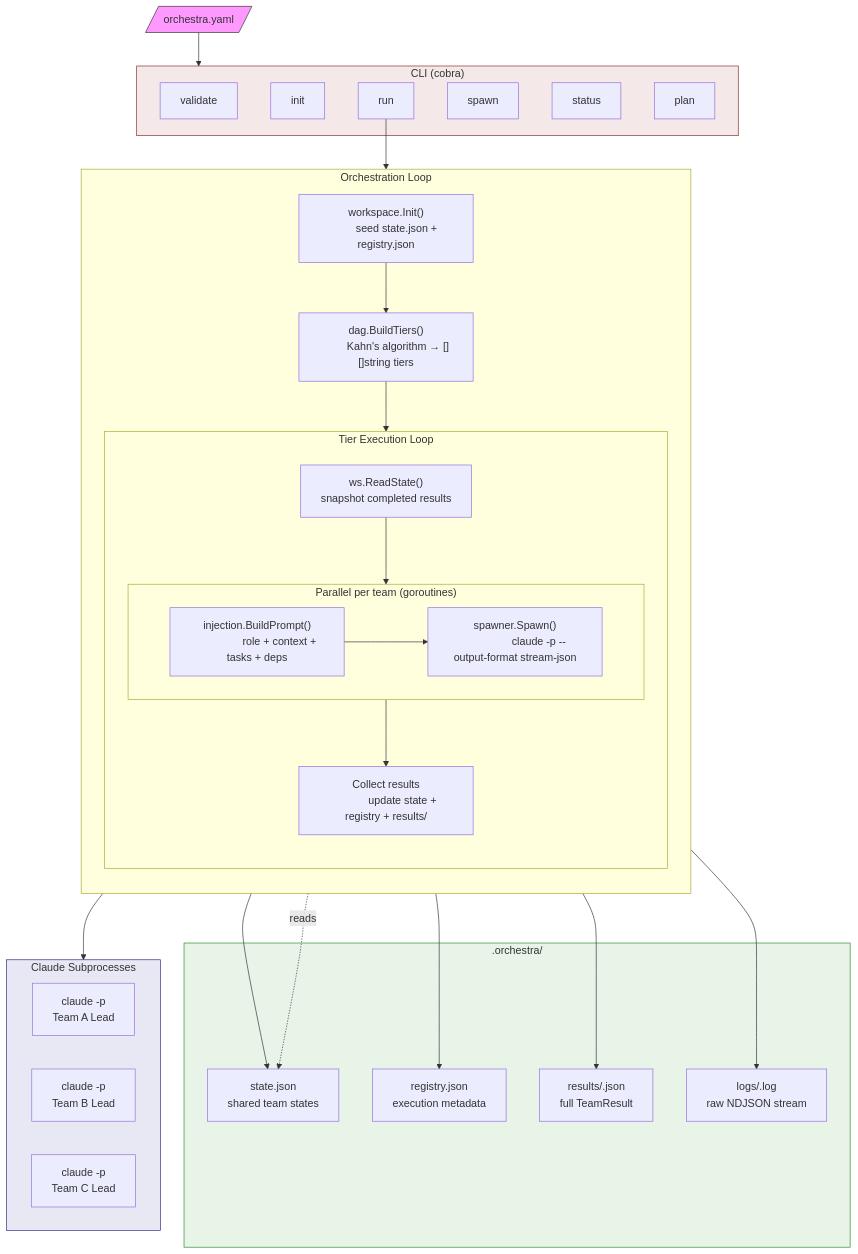
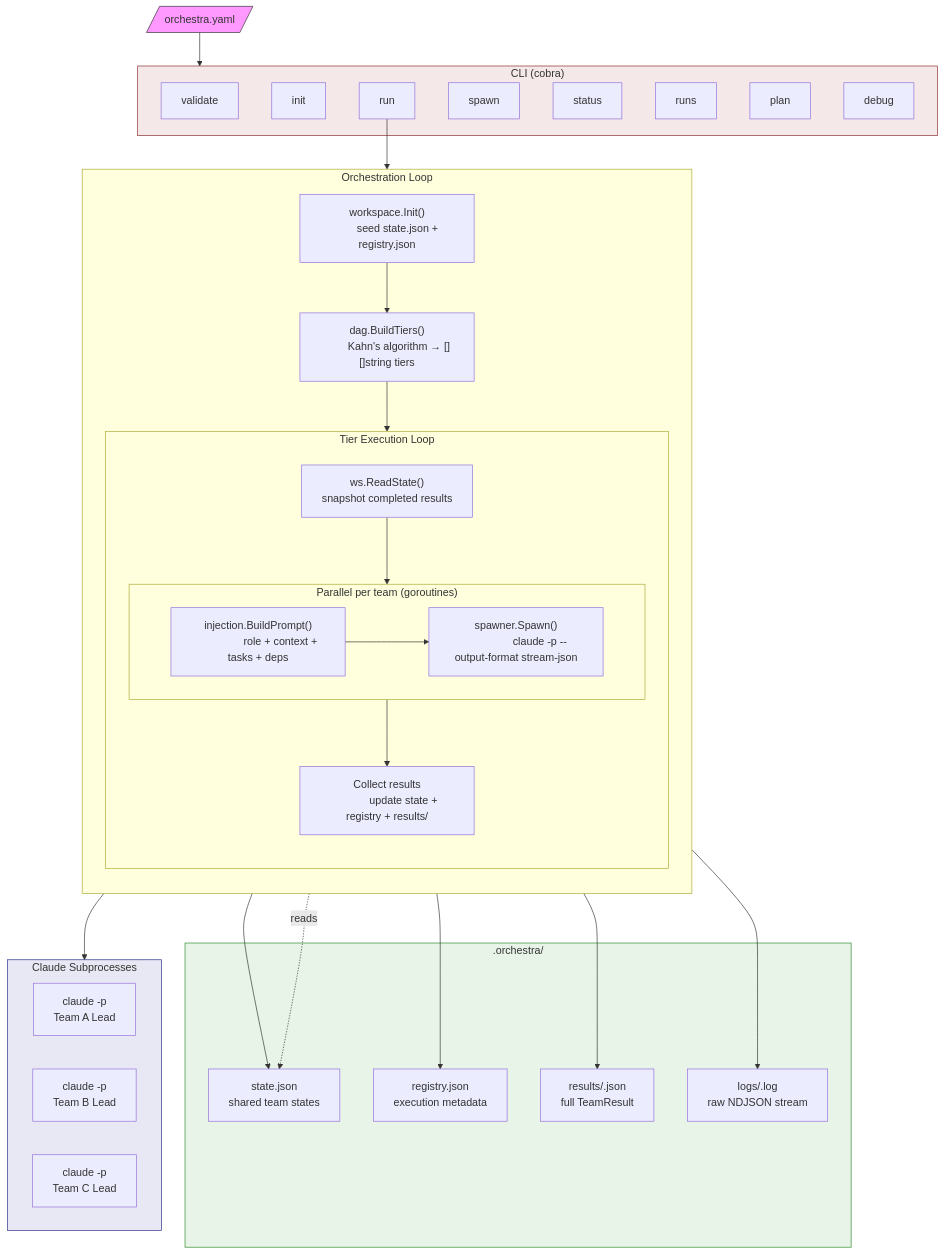
One commit to itsHabib/orchestra changed the first of 3 diagrams in README.md. Above: the diagram before and after it, drawn with Mermaid. The commit also changed other lines of this file and 11 other files, not shown here.

````diff
--- a/README.md
+++ b/README.md
@@ -18,75 +18,77 @@
 ```mermaid
 flowchart TB
     subgraph CLI["CLI (cobra)"]
         validate["validate"]
         init["init"]
         run["run"]
         spawn["spawn"]
         status["status"]
+        runs["runs"]
         plan["plan"]
+        debug["debug"]
     end
 
     yaml[/"orchestra.yaml"/] --> CLI
 
     run --> Orchestration
 
     subgraph Orchestration["Orchestration Loop"]
         direction TB
         WS_INIT["workspace.Init()
         seed state.json + registry.json"] --> DAG_BUILD
 
         DAG_BUILD["dag.BuildTiers()
         Kahn's algorithm → [][]string tiers"] --> TIER_LOOP
 
         subgraph TIER_LOOP["Tier Execution Loop"]
             direction TB
             READ_STATE["ws.ReadState()
             snapshot completed results"] --> PARALLEL
 
             subgraph PARALLEL["Parallel per team (goroutines)"]
                 direction LR
                 INJECT["injection.BuildPrompt()
                 role + context + tasks + deps"] --> SPAWN_PROC
                 SPAWN_PROC["spawner.Spawn()
                 claude -p --output-format stream-json"]
             end
 
             PARALLEL --> COLLECT["Collect results
             update state + registry + results/"]
         end
     end
 
     subgraph Workspace[".orchestra/"]
         STATE["state.json
         shared team states"]
         REGISTRY["registry.json
         execution metadata"]
         RESULTS["results/<team>.json
         full TeamResult"]
         LOGS["logs/<team>.log
         raw NDJSON stream"]
     end
 
     COLLECT --> STATE
     COLLECT --> REGISTRY
     COLLECT --> RESULTS
     SPAWN_PROC --> LOGS
     READ_STATE -.->|reads| STATE
 
     subgraph Agents["Claude Subprocesses"]
         direction LR
         A1["claude -p
         Team A Lead"]
         A2["claude -p
         Team B Lead"]
         A3["claude -p
         Team C Lead"]
     end
 
     SPAWN_PROC --> Agents
 
     style yaml fill:#f9f,stroke:#333
     style Workspace fill:#e8f4e8,stroke:#2d8a2d
     style Agents fill:#e8e8f4,stroke:#2d2d8a
     style CLI fill:#f4e8e8,stroke:#8a2d2d
 ```
````
